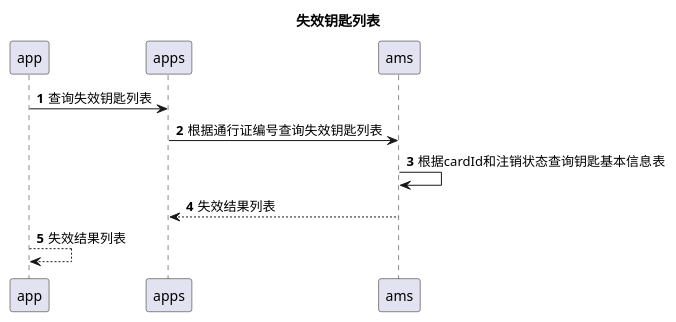
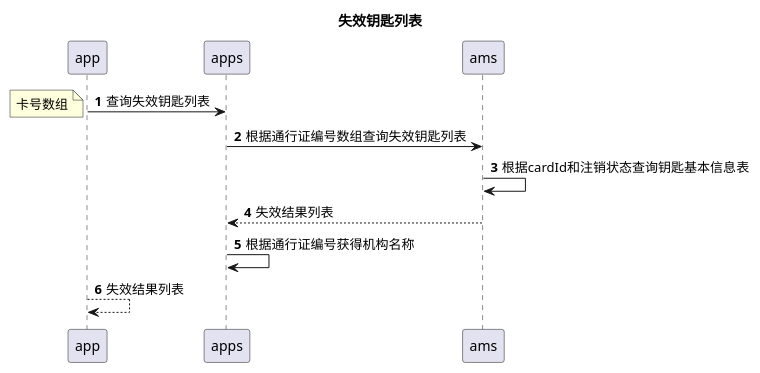
The diagram in doc/简兑智能锁/失效钥匙列表.puml (13589080127/zc-test), drawn with PlantUML before and after one commit. The commit also changed 3 other files, not shown here.

```diff
--- a/doc/简兑智能锁/失效钥匙列表.puml
+++ b/doc/简兑智能锁/失效钥匙列表.puml
@@ -1,9 +1,11 @@
 @startuml
 title:失效钥匙列表
 autonumber
 app->apps:查询失效钥匙列表
-apps->ams:根据通行证编号查询失效钥匙列表
+note left:卡号数组
+apps->ams:根据通行证编号数组查询失效钥匙列表
 ams->ams:根据cardId和注销状态查询钥匙基本信息表
 ams-->apps:失效结果列表
+apps->apps:根据通行证编号获得机构名称
 app-->app:失效结果列表
 @enduml
```
